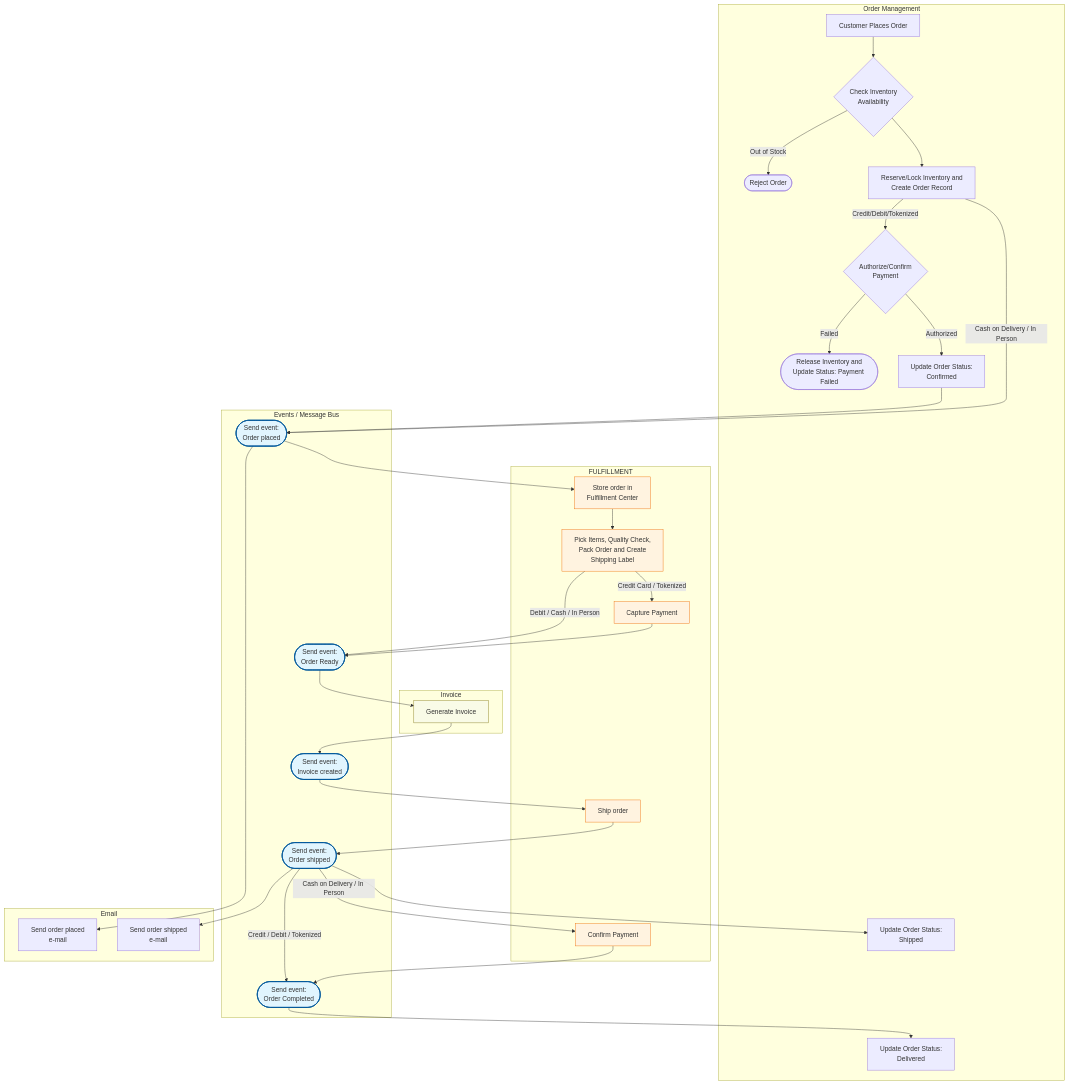
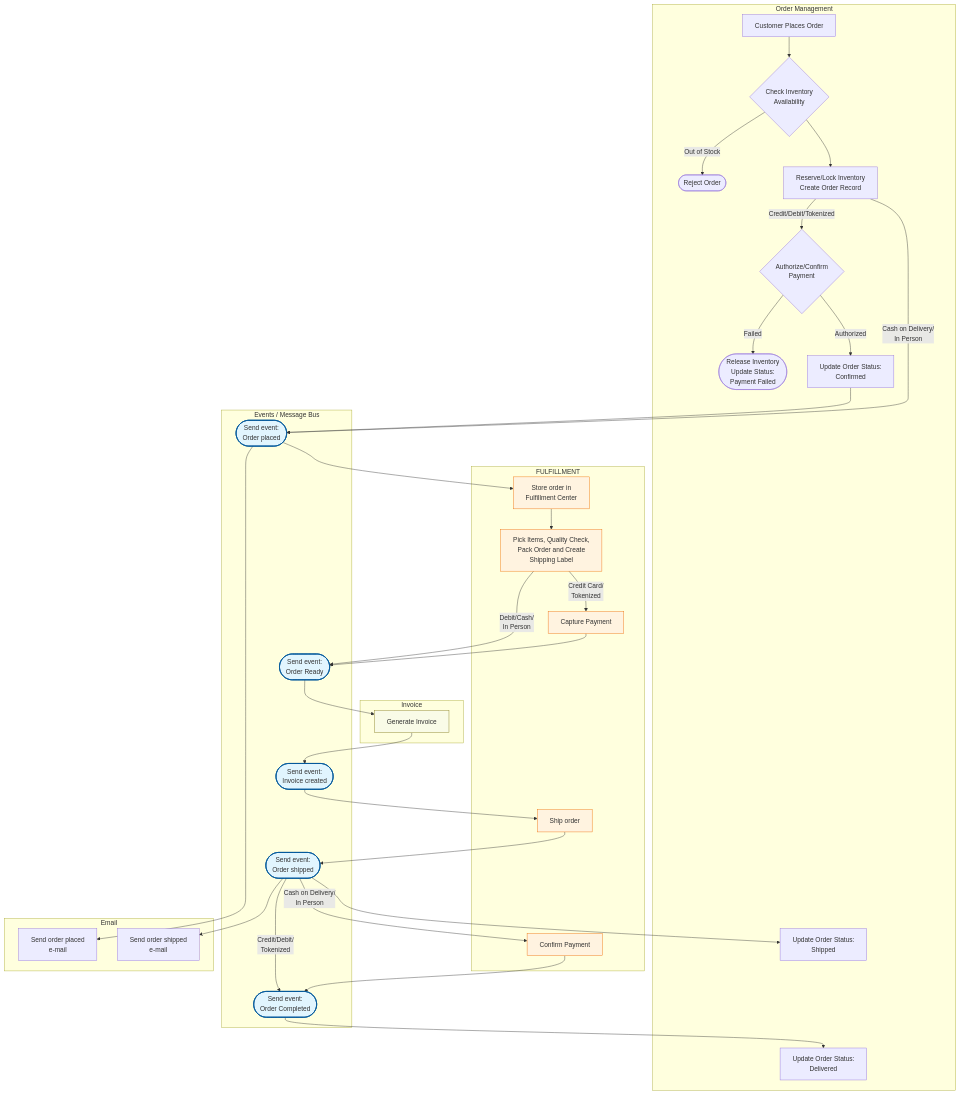
One commit to RobertoFreireDev/Order-Management changed the diagram in README.md. Above: the diagram before and after it, drawn with Mermaid.

Commit message:
improve UI

````diff
--- a/README.md
+++ b/README.md
@@ -3,79 +3,79 @@
 ```mermaid
 flowchart TD
     %% Subgraph Styling
     classDef event fill:#e1f5fe,stroke:#01579b,stroke-width:2px;
     classDef logic fill:#f5f5f5,stroke:#333,stroke-width:1px;
     classDef fulfill fill:#fff3e0,stroke:#ef6c00,stroke-width:1px;
     classDef note fill:#f9fbe7,stroke:#827717,stroke-width:1px;
 
     subgraph Order_Management [Order Management]
         A[Customer Places Order] --> B{Check Inventory<br/>Availability}
         B -->|Out of Stock| C([Reject Order])
-        B --> D[Reserve/Lock Inventory and<br/>Create Order Record]
+        B --> D[Reserve/Lock Inventory <br/>Create Order Record]
         
         D --> |"Credit/Debit/Tokenized"| E{Authorize/Confirm<br/>Payment}
-        E -->|Failed| F([Release Inventory and<br/>Update Status: Payment Failed])
+        E -->|Failed| F([Release Inventory<br/>Update Status: <br/>Payment Failed])
         E -->|Authorized| G[Update Order Status:<br/>Confirmed]
         
         N[Update Order Status:<br/>Shipped]
         R[Update Order Status:<br/>Delivered]
     end
 
     subgraph Events [Events / Message Bus]
         H([Send event:<br/>Order placed])
         M([Send event:<br/>Order Ready])
         S([Send event:<br/>Invoice created])
         P([Send event:<br/>Order shipped])
         W([Send event:<br/>Order Completed])
     end
 
     subgraph Fulfillment [FULFILLMENT]
         K[Store order in<br/>Fulfillment Center]
         L[Pick Items, Quality Check,<br/>Pack Order and Create<br/>Shipping Label]
         V[Capture Payment]
         U[Ship order]
         Q[Confirm Payment]
     end
 
     subgraph Email [Email]
         I[Send order placed<br/>e-mail]
         O[Send order shipped<br/>e-mail]
     end
 
     subgraph Invoice [Invoice]
         J[Generate Invoice]
     end
 
     %% Logic to Events
     G --> H
-    D --> |"Cash on Delivery / In Person"| H
+    D --> |"Cash on Delivery/<br/>In Person"| H
     
     %% Event Distribution
     H --> I
     H --> K
     
     %% Fulfillment Flow
     K --> L
-    L --> |"Credit Card / Tokenized"| V
-    L --> |"Debit / Cash / In Person"| M
+    L --> |"Credit Card/<br/>Tokenized"| V
+    L --> |"Debit/Cash/<br/>In Person"| M
     V --> M
     
     %% Invoice & Shipping Flow
     M --> J
     J --> S
     S --> U
     U --> P
     
     %% Final Updates
     P --> O
     P --> N
-    P --> |"Cash on Delivery / In Person"| Q
-    P --> |"Credit / Debit / Tokenized"| W
+    P --> |"Cash on Delivery/<br/>In Person"| Q
+    P --> |"Credit/Debit/<br/>Tokenized"| W
     Q --> W
     W --> R
 
     %% Class Assignments
     class H,M,S,P,W event;
     class K,L,V,U,Q fulfill;
     class J note;
 ```
````
